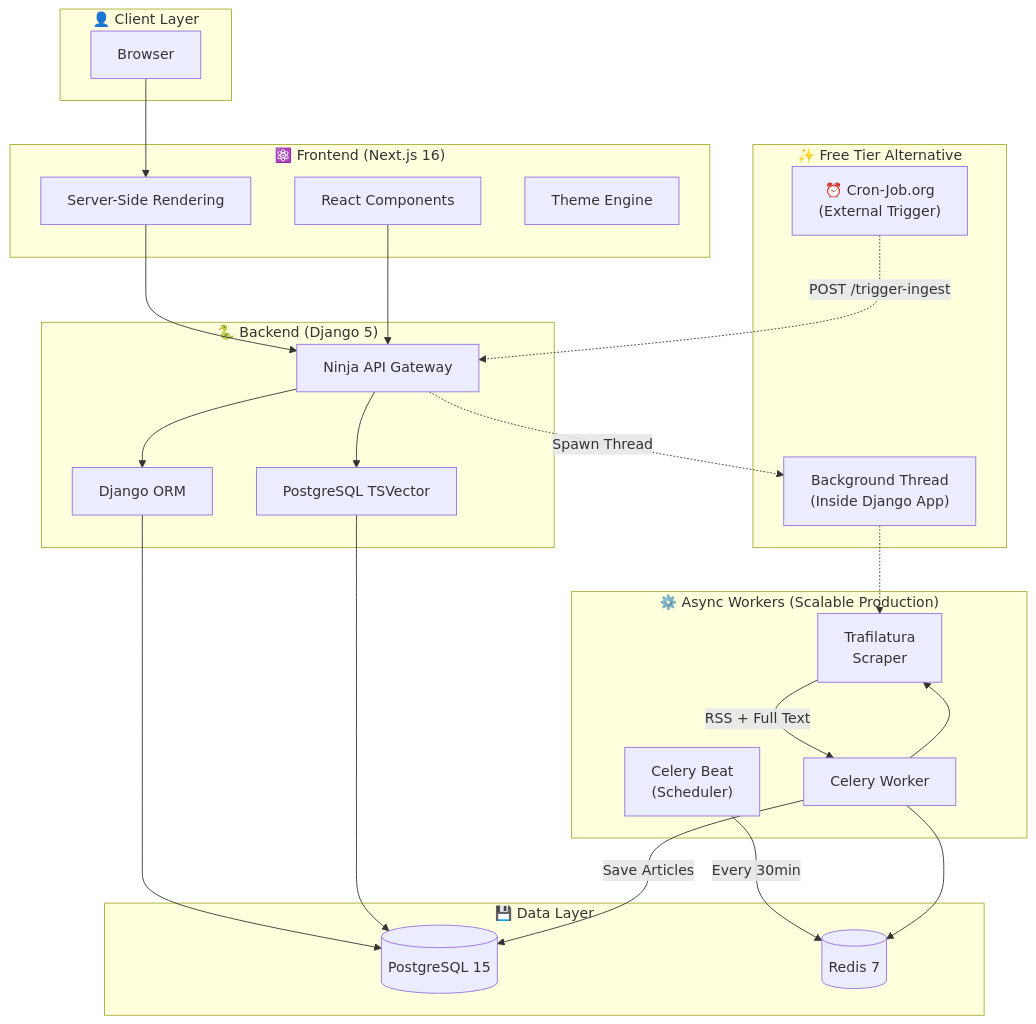
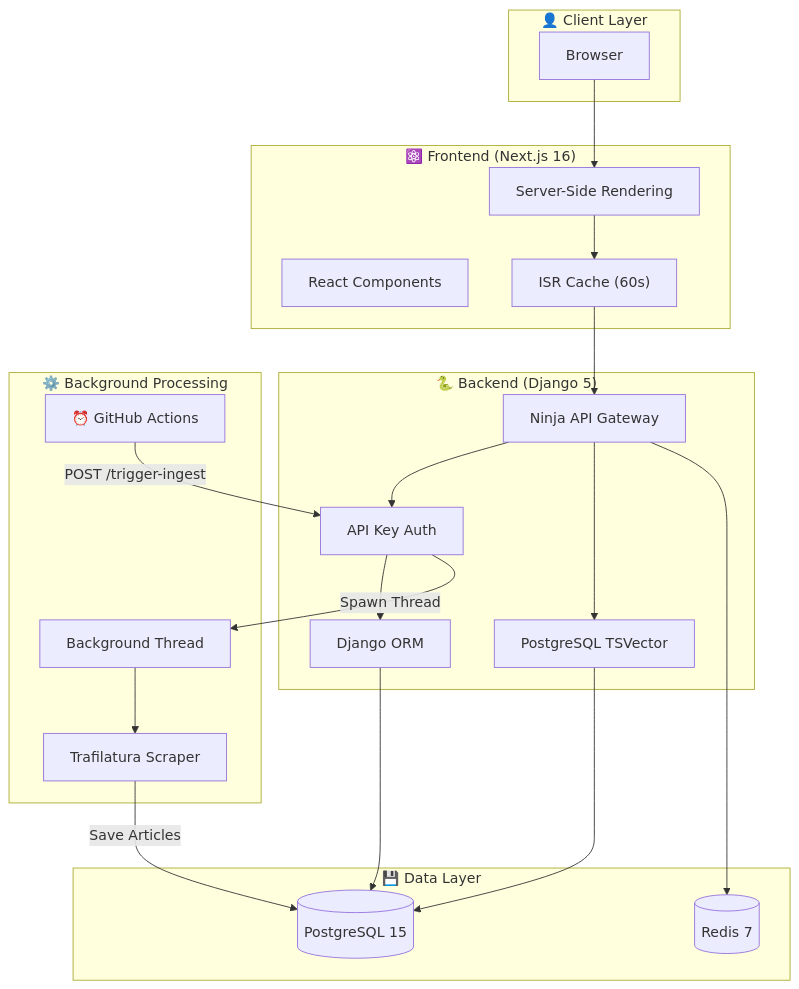
One commit to emmanuelrichard01/ULTRA-NEWS changed the first of 3 diagrams in README.md. Above: the diagram before and after it, drawn with Mermaid. The commit also changed other lines of this file and 8 other files, not shown here.

````diff
--- a/README.md
+++ b/README.md
@@ -77,54 +96,45 @@
 ```mermaid
 flowchart TB
     subgraph Client["👤 Client Layer"]
         Browser["Browser"]
     end
 
     subgraph Frontend["⚛️ Frontend (Next.js 16)"]
         SSR["Server-Side Rendering"]
         React["React Components"]
-        Themes["Theme Engine"]
+        ISR["ISR Cache (60s)"]
     end
 
     subgraph Backend["🐍 Backend (Django 5)"]
         Ninja["Ninja API Gateway"]
+        Auth["API Key Auth"]
         ORM["Django ORM"]
         Search["PostgreSQL TSVector"]
     end
 
     subgraph Data["💾 Data Layer"]
         Postgres[("PostgreSQL 15")]
         Redis[("Redis 7")]
     end
 
-    subgraph Workers["⚙️ Async Workers (Scalable Production)"]
-        Beat["Celery Beat\n(Scheduler)"]
-        Worker["Celery Worker"]
-        Scraper["Trafilatura\nScraper"]
-    end
-    
-    subgraph FreeTier["✨ Free Tier Alternative"]
-        Cron["⏰ Cron-Job.org\n(External Trigger)"]
-        Thread["Background Thread\n(Inside Django App)"]
+    subgraph Workers["⚙️ Background Processing"]
+        GHA["⏰ GitHub Actions"]
+        Thread["Background Thread"]
+        Scraper["Trafilatura Scraper"]
     end
 
     Browser --> SSR
-    SSR --> Ninja
-    React --> Ninja
-    Ninja --> ORM
+    SSR --> ISR
+    ISR --> Ninja
+    Ninja --> Auth
+    Auth --> ORM
     ORM --> Postgres
     Ninja --> Search
     Search --> Postgres
+    Ninja --> Redis
     
-    %% Standard Path (Recommended)
-    Beat -->|"Every 30min"| Redis
-    Worker --> Redis
-    Worker --> Scraper
-    Scraper -->|"RSS + Full Text"| Worker
-    Worker -->|"Save Articles"| Postgres
-
-    %% Free Tier Path
-    Cron -.->|"POST /trigger-ingest"| Ninja
-    Ninja -.->|"Spawn Thread"| Thread
-    Thread -.-> Scraper
+    GHA -->|"POST /trigger-ingest"| Auth
+    Auth -->|"Spawn Thread"| Thread
+    Thread --> Scraper
+    Scraper -->|"Save Articles"| Postgres
 ```
````
